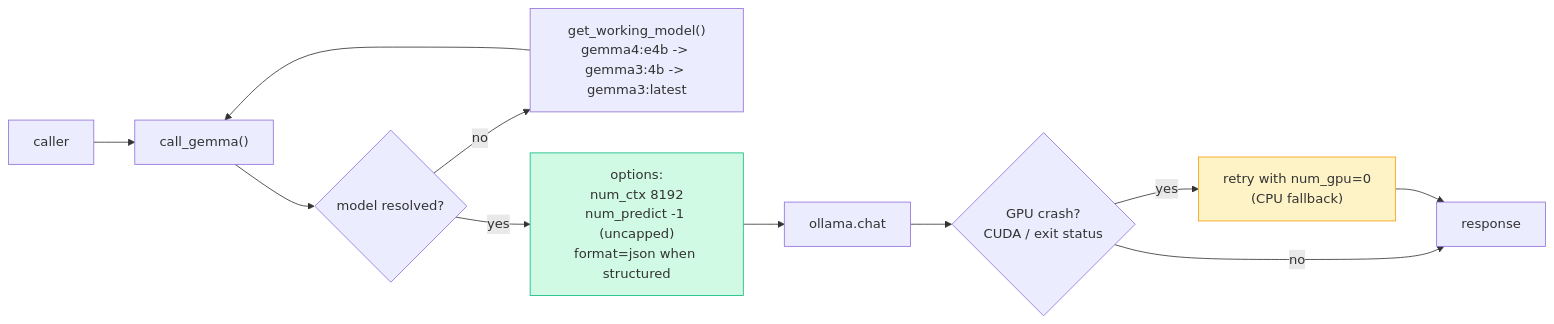
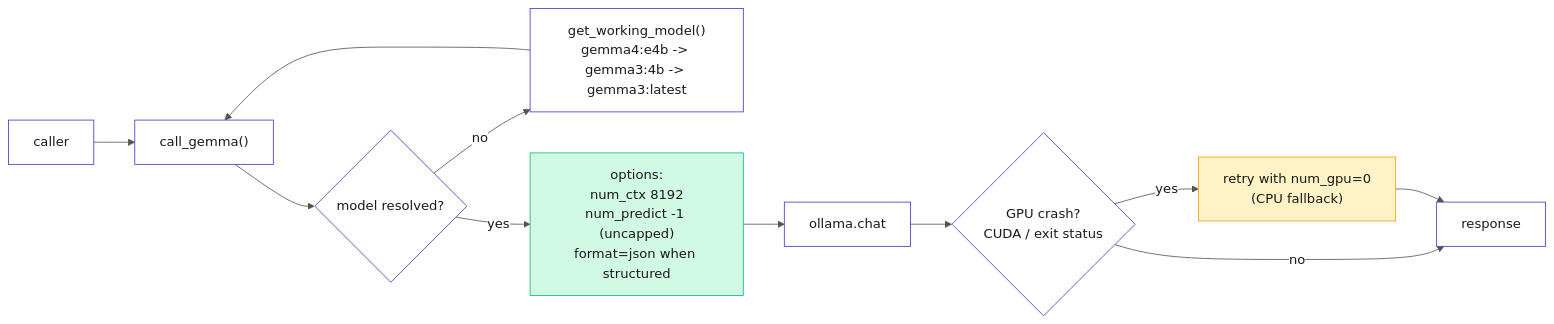
Before and after one commit to MAsTeRlssPd/AdhiKaar: the eighth of 9 diagrams in docs/ARCHITECTURE.md, drawn with Mermaid. The commit also changed other lines of this file and 1 other file, not shown here.

First line of the commit message:
Fix mermaid diagram contrast in GitHub light and dark mode

````diff
--- a/docs/ARCHITECTURE.md
+++ b/docs/ARCHITECTURE.md
@@ -418,16 +425,17 @@
 ```mermaid
+%%{init: {'theme':'base','themeVariables':{'background':'#FFFFFF','primaryColor':'#EEF2FF','primaryTextColor':'#1C1917','primaryBorderColor':'#4338CA','secondaryColor':'#FAF9F6','tertiaryColor':'#FFFFFF','lineColor':'#57534E','textColor':'#1C1917','mainBkg':'#FFFFFF','nodeBorder':'#4338CA','clusterBkg':'#FFFFFF','clusterBorder':'#4338CA','edgeLabelBackground':'#FFFFFF','actorBkg':'#EEF2FF','actorTextColor':'#1C1917','actorBorder':'#4338CA','signalColor':'#1C1917','signalTextColor':'#1C1917','noteBkgColor':'#FEF3C7','noteTextColor':'#1C1917','noteBorderColor':'#F59E0B','labelBoxBkgColor':'#EEF2FF','labelTextColor':'#1C1917','sequenceNumberColor':'#FFFFFF'}}}%%
 flowchart LR
     C["caller"] --> CG["call_gemma()"]
     CG --> RES{"model resolved?"}
     RES -->|no| PICK["get_working_model()<br/>gemma4:e4b -> gemma3:4b -> gemma3:latest"]
     PICK --> CG
     RES -->|yes| OPT["options:<br/>num_ctx 8192<br/>num_predict -1 (uncapped)<br/>format=json when structured"]
     OPT --> OL["ollama.chat"]
     OL --> ERR{"GPU crash?<br/>CUDA / exit status"}
     ERR -->|yes| CPU["retry with num_gpu=0<br/>(CPU fallback)"]
     ERR -->|no| OUT["response"]
     CPU --> OUT
 
-    style OPT fill:#D1FAE5,stroke:#10B981
-    style CPU fill:#FEF3C7,stroke:#F59E0B
+    style OPT fill:#D1FAE5,stroke:#10B981,color:#1C1917
+    style CPU fill:#FEF3C7,stroke:#F59E0B,color:#1C1917
 ```
````
